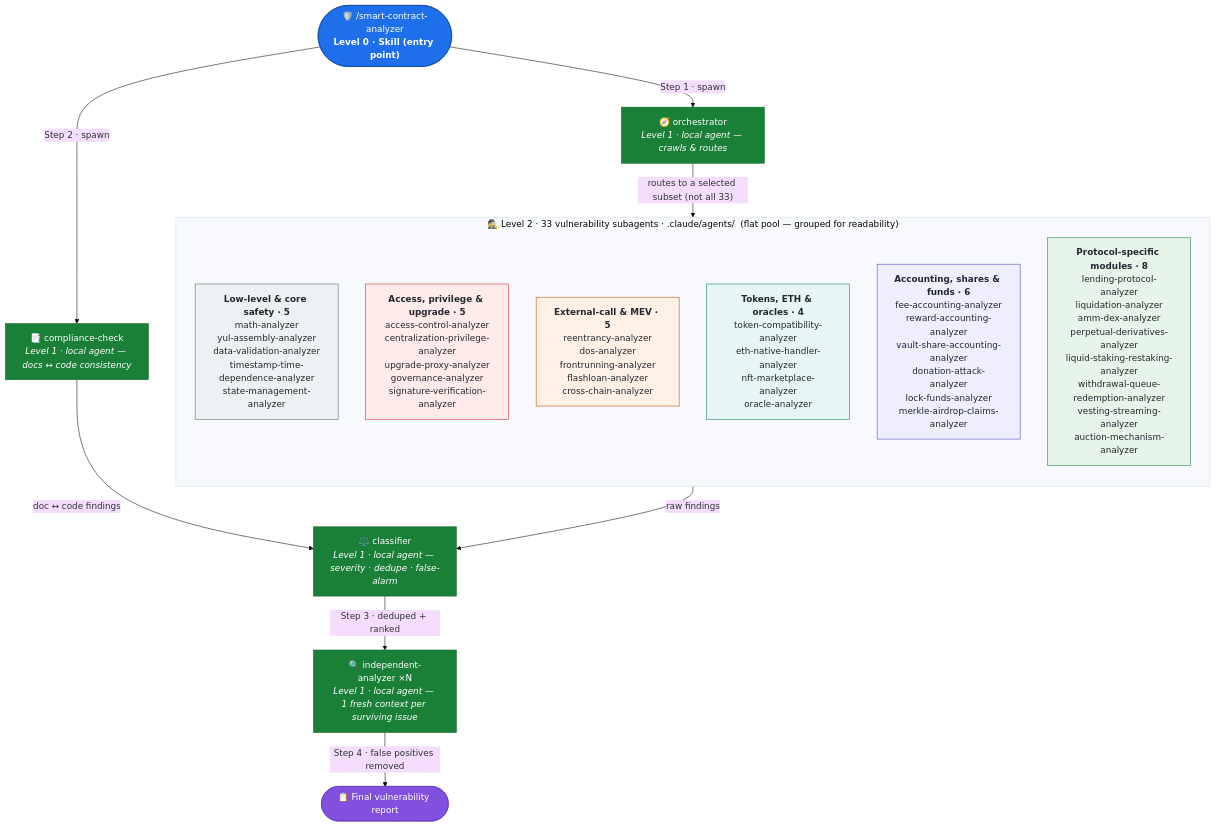
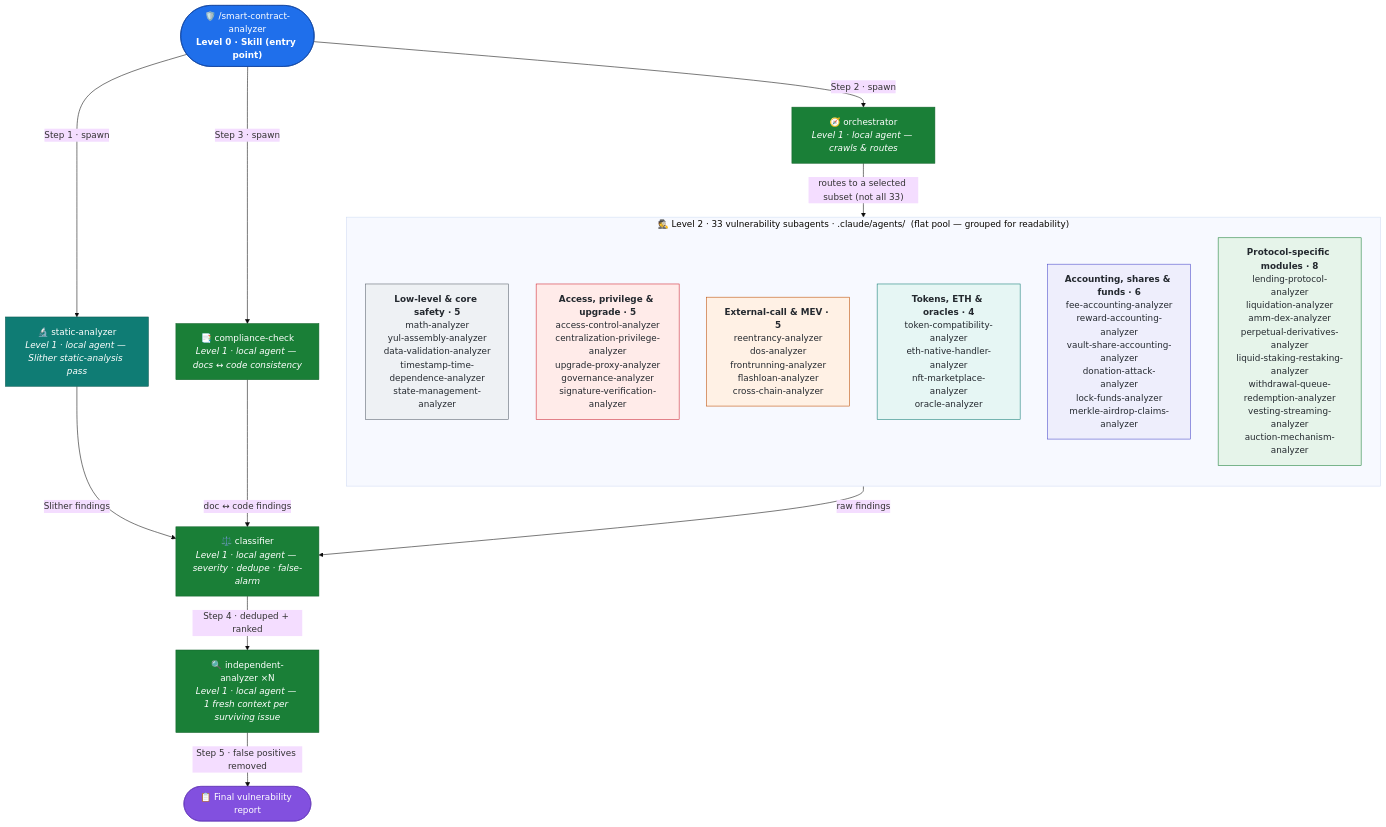
Before and after one commit to mnedelchev-vn/solidity-claude-setup: the diagram in .claude/skills/smart-contract-analyzer/README.md, drawn with Mermaid (base theme). The commit also changed other lines of this file, not shown here.

Commit message:
docs(smart-contract-analyzer): add static-analyzer to architecture diagram

````diff
--- a/.claude/skills/smart-contract-analyzer/README.md
+++ b/.claude/skills/smart-contract-analyzer/README.md
@@ -9,41 +9,46 @@
 ```mermaid
 flowchart TD
     SKILL(["🛡️ /smart-contract-analyzer<br/><b>Level 0 · Skill (entry point)</b>"])
+    STATIC["🔬 static-analyzer<br/><i>Level 1 · local agent — Slither static-analysis pass</i>"]
     ORCH["🧭 orchestrator<br/><i>Level 1 · local agent — crawls & routes</i>"]
     COMPL["📑 compliance-check<br/><i>Level 1 · local agent — docs ↔ code consistency</i>"]
     CLASS["⚖️ classifier<br/><i>Level 1 · local agent — severity · dedupe · false-alarm</i>"]
     INDEP["🔍 independent-analyzer ×N<br/><i>Level 1 · local agent — 1 fresh context per surviving issue</i>"]
     OUT(["📋 Final vulnerability report"])
 
     subgraph POOL["🕵️ Level 2 · 33 vulnerability subagents · .claude/agents/ &nbsp;(flat pool — grouped for readability)"]
       direction TB
       G1["<b>Low-level &amp; core safety · 5</b><br/>math-analyzer<br/>yul-assembly-analyzer<br/>data-validation-analyzer<br/>timestamp-time-dependence-analyzer<br/>state-management-analyzer"]
       G2["<b>Access, privilege &amp; upgrade · 5</b><br/>access-control-analyzer<br/>centralization-privilege-analyzer<br/>upgrade-proxy-analyzer<br/>governance-analyzer<br/>signature-verification-analyzer"]
       G3["<b>External-call &amp; MEV · 5</b><br/>reentrancy-analyzer<br/>dos-analyzer<br/>frontrunning-analyzer<br/>flashloan-analyzer<br/>cross-chain-analyzer"]
       G4["<b>Tokens, ETH &amp; oracles · 4</b><br/>token-compatibility-analyzer<br/>eth-native-handler-analyzer<br/>nft-marketplace-analyzer<br/>oracle-analyzer"]
       G5["<b>Accounting, shares &amp; funds · 6</b><br/>fee-accounting-analyzer<br/>reward-accounting-analyzer<br/>vault-share-accounting-analyzer<br/>donation-attack-analyzer<br/>lock-funds-analyzer<br/>merkle-airdrop-claims-analyzer"]
       G6["<b>Protocol-specific modules · 8</b><br/>lending-protocol-analyzer<br/>liquidation-analyzer<br/>amm-dex-analyzer<br/>perpetual-derivatives-analyzer<br/>liquid-staking-restaking-analyzer<br/>withdrawal-queue-redemption-analyzer<br/>vesting-streaming-analyzer<br/>auction-mechanism-analyzer"]
     end
 
-    SKILL -- "Step 1 · spawn" --> ORCH
-    SKILL -- "Step 2 · spawn" --> COMPL
+    SKILL -- "Step 1 · spawn" --> STATIC
+    SKILL -- "Step 2 · spawn" --> ORCH
+    SKILL -- "Step 3 · spawn" --> COMPL
     ORCH -- "routes to a selected subset (not all 33)" --> POOL
+    STATIC -- "Slither findings" --> CLASS
     POOL -- "raw findings" --> CLASS
     COMPL -- "doc ↔ code findings" --> CLASS
-    CLASS -- "Step 3 · deduped + ranked" --> INDEP
-    INDEP -- "Step 4 · false positives removed" --> OUT
+    CLASS -- "Step 4 · deduped + ranked" --> INDEP
+    INDEP -- "Step 5 · false positives removed" --> OUT
 
     classDef skill fill:#1f6feb,stroke:#0d419d,color:#fff;
     classDef local fill:#1a7f37,stroke:#116329,color:#fff;
+    classDef static fill:#0f7c74,stroke:#0a5952,color:#fff;
     classDef out fill:#8250df,stroke:#6639ba,color:#fff;
     classDef g1 fill:#eef1f4,stroke:#57606a,color:#24292f;
     classDef g2 fill:#ffebe9,stroke:#cf222e,color:#24292f;
     classDef g3 fill:#fff1e5,stroke:#bc4c00,color:#24292f;
     classDef g4 fill:#e6f6f4,stroke:#0f7c74,color:#24292f;
     classDef g5 fill:#eeeefc,stroke:#4646c9,color:#24292f;
     classDef g6 fill:#e6f4ea,stroke:#1a7f37,color:#24292f;
     class SKILL skill;
+    class STATIC static;
     class ORCH,COMPL,CLASS,INDEP local;
     class OUT out;
     class G1 g1; class G2 g2; class G3 g3; class G4 g4; class G5 g5; class G6 g6;
 ```
````
